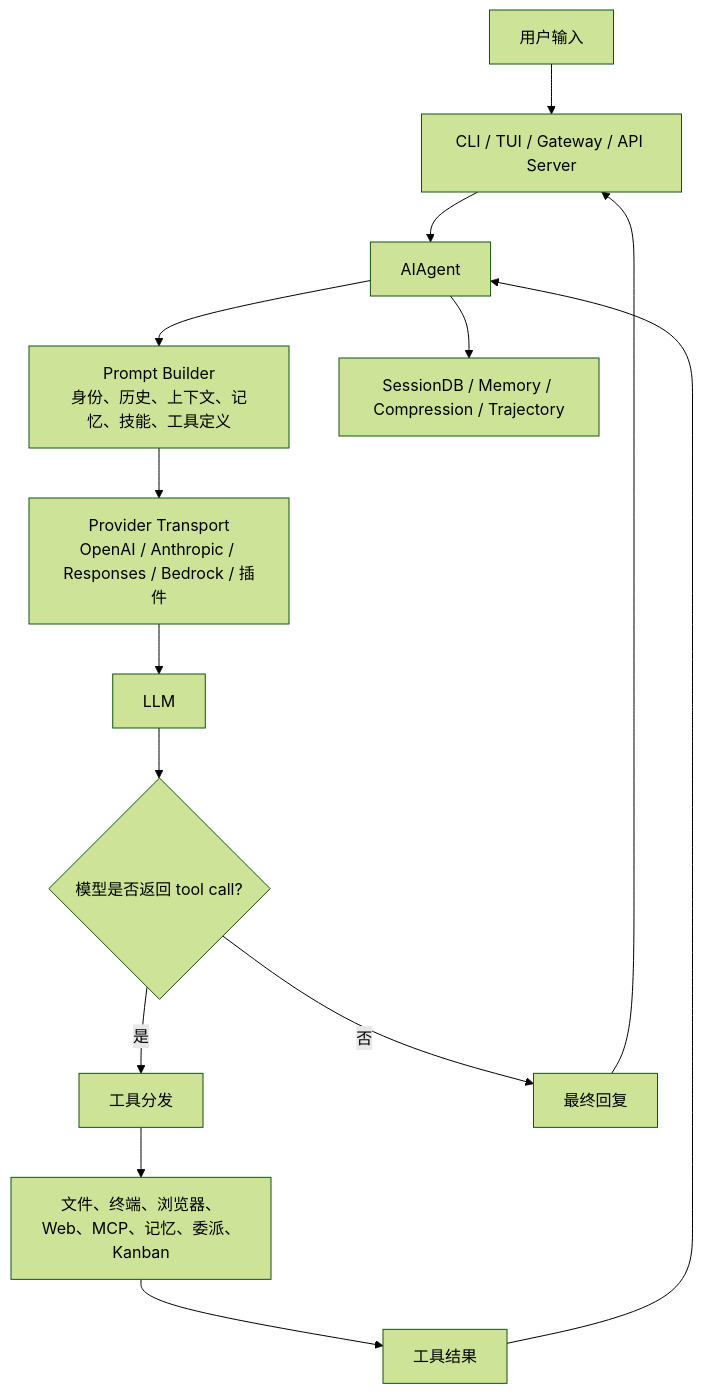
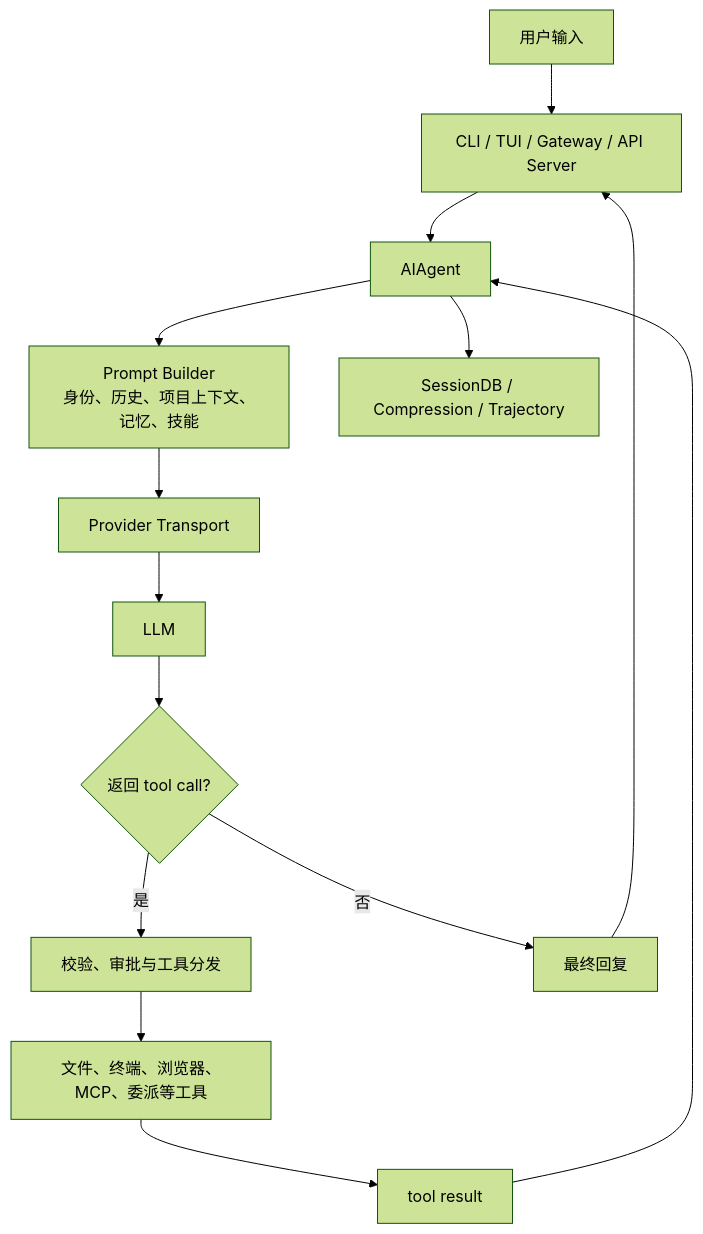
The first of 3 diagrams in docs/stage-0/00-全局架构地图.md (teachershuang/Hermes-learn), drawn with Mermaid (forest theme) before and after one commit. The commit also changed other lines of this file and 22 other files, not shown here.

````diff
--- a/docs/stage-0/00-全局架构地图.md
+++ b/docs/stage-0/00-全局架构地图.md
@@ -21,16 +21,16 @@
 ```mermaid
 flowchart TD
     User["用户输入"] --> Surface["CLI / TUI / Gateway / API Server"]
     Surface --> Agent["AIAgent"]
-    Agent --> Prompt["Prompt Builder\n身份、历史、上下文、记忆、技能、工具定义"]
-    Prompt --> Provider["Provider Transport\nOpenAI / Anthropic / Responses / Bedrock / 插件"]
+    Agent --> Prompt["Prompt Builder\n身份、历史、项目上下文、记忆、技能"]
+    Prompt --> Provider["Provider Transport"]
     Provider --> Model["LLM"]
-    Model --> Decision{"模型是否返回 tool call?"}
-    Decision -- "是" --> Dispatch["工具分发"]
-    Dispatch --> Tool["文件、终端、浏览器、Web、MCP、记忆、委派、Kanban"]
-    Tool --> Result["工具结果"]
+    Model --> Decision{"返回 tool call?"}
+    Decision -- "是" --> Dispatch["校验、审批与工具分发"]
+    Dispatch --> Tool["文件、终端、浏览器、MCP、委派等工具"]
+    Tool --> Result["tool result"]
     Result --> Agent
     Decision -- "否" --> Final["最终回复"]
-    Agent --> State["SessionDB / Memory / Compression / Trajectory"]
+    Agent --> State["SessionDB / Compression / Trajectory"]
     Final --> Surface
 ```
````
